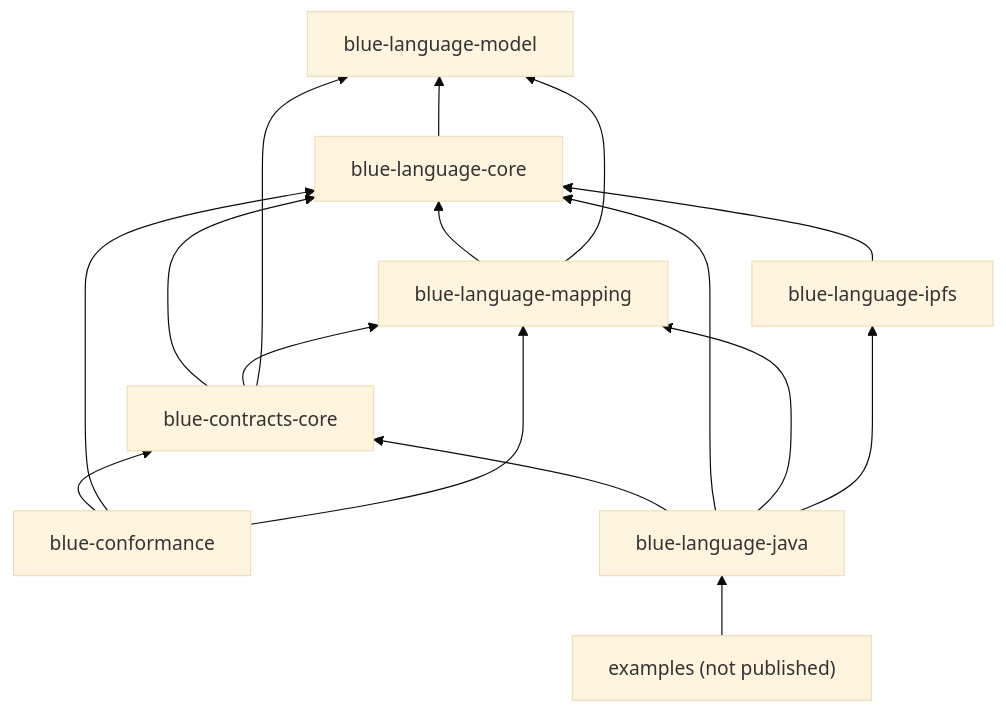
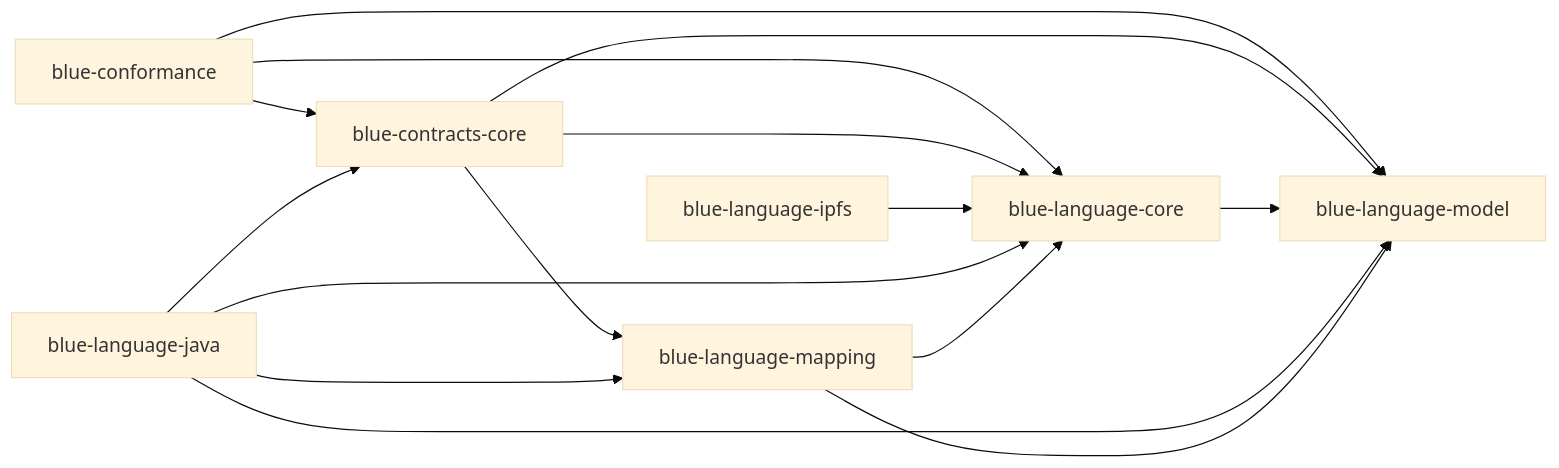
The diagram in docs/architecture/modules-and-dependencies.md (bluecontract/blue-language-java), drawn with Mermaid (base theme) before and after one commit. The commit also changed other lines of this file and 7 other files, not shown here.

````diff
--- a/docs/architecture/modules-and-dependencies.md
+++ b/docs/architecture/modules-and-dependencies.md
@@ -7,19 +9,24 @@
 ```mermaid
-flowchart BT
-    Model["blue-language-model"]
-    Core["blue-language-core"] --> Model
-    Mapping["blue-language-mapping"] --> Core
-    Mapping --> Model
-    IPFS["blue-language-ipfs"] --> Core
-    Contracts["blue-contracts-core"] --> Core
-    Contracts --> Mapping
-    Contracts --> Model
-    Conformance["blue-conformance"] --> Contracts
-    Conformance --> Core
-    Conformance --> Mapping
-    Aggregate["blue-language-java"] --> Contracts
-    Aggregate --> Core
-    Aggregate --> Mapping
-    Aggregate --> IPFS
-    Examples["examples (not published)"] --> Aggregate
+graph LR
+  m_blue_conformance["blue-conformance"]
+  m_blue_contracts_core["blue-contracts-core"]
+  m_blue_language_core["blue-language-core"]
+  m_blue_language_ipfs["blue-language-ipfs"]
+  m_blue_language_java["blue-language-java"]
+  m_blue_language_mapping["blue-language-mapping"]
+  m_blue_language_model["blue-language-model"]
+  m_blue_conformance --> m_blue_contracts_core
+  m_blue_conformance --> m_blue_language_core
+  m_blue_conformance --> m_blue_language_model
+  m_blue_contracts_core --> m_blue_language_core
+  m_blue_contracts_core --> m_blue_language_mapping
+  m_blue_contracts_core --> m_blue_language_model
+  m_blue_language_core --> m_blue_language_model
+  m_blue_language_ipfs --> m_blue_language_core
+  m_blue_language_java --> m_blue_contracts_core
+  m_blue_language_java --> m_blue_language_core
+  m_blue_language_java --> m_blue_language_mapping
+  m_blue_language_java --> m_blue_language_model
+  m_blue_language_mapping --> m_blue_language_core
+  m_blue_language_mapping --> m_blue_language_model
 ```
````
